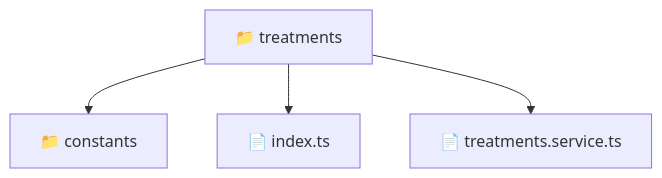
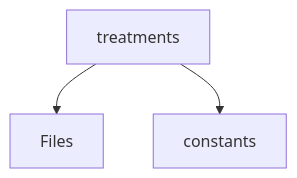
One commit to beginwebdev2002/fullstack-mavluda changed the diagram in frontend/src/entities/treatments/README.md. Above: the diagram before and after it, drawn with Mermaid. The commit also changed other lines of this file and 163 other files, not shown here.

First line of the commit message:
feat: autogenerate localized directory readmes for architectural transparency

````diff
--- a/frontend/src/entities/treatments/README.md
+++ b/frontend/src/entities/treatments/README.md
@@ -11,7 +12,5 @@
 ```mermaid
 graph TD
-  Root["📁 treatments"]
-  Root --> constants["📁 constants"]
-  Root --> index_ts["📄 index.ts"]
-  Root --> treatments_service_ts["📄 treatments.service.ts"]
+    treatments[treatments] --> Files
+    treatments --> constants[constants]
 ```
````
